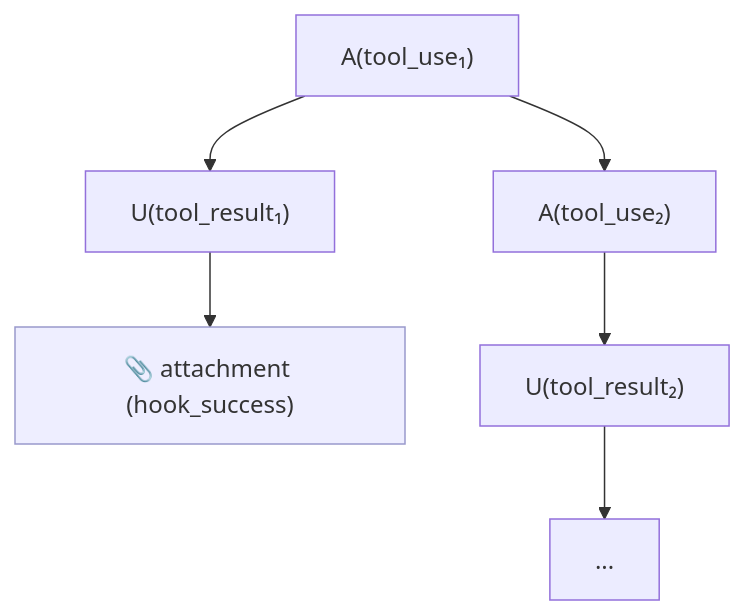
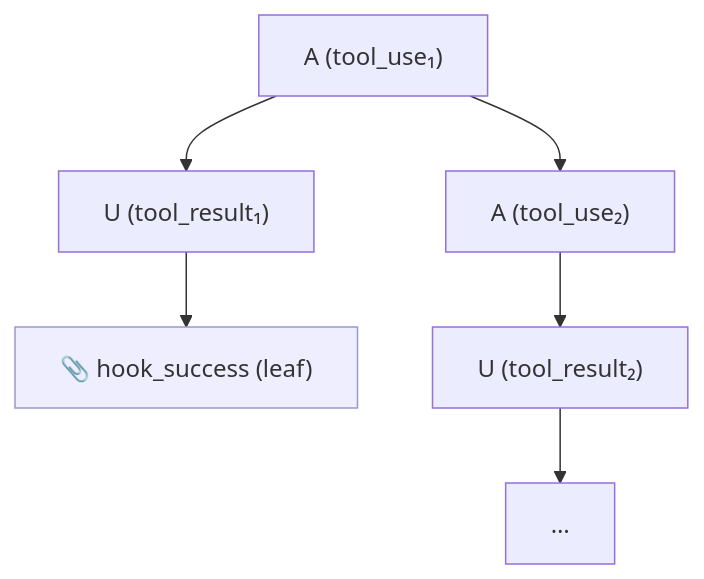
Before and after one commit to handgemacht-ai/claude-code-log: the sixth of 18 diagrams in dev-docs/dag.md, drawn with Mermaid. The commit also changed other lines of this file and 4 other files, not shown here.

First line of the commit message:
Linearize assistant-continuation tool-flow forks instead of branching (#214)

````diff
--- a/dev-docs/dag.md
+++ b/dev-docs/dag.md
@@ -327,10 +346,9 @@
 ```mermaid
 graph TD
-    A1["A(tool_use₁)"] --> U1["U(tool_result₁)"]
-    A1 --> A2["A(tool_use₂)"]
-    U1 --> H["📎 attachment (hook_success)"]
-    A2 --> U2["U(tool_result₂)"]
-    U2 --> rest["..."]
+    A1["A (tool_use₁)"] --> U1["U (tool_result₁)"]
+    A1 --> A2["A (tool_use₂)"]
+    U1 --> H["📎 hook_success (leaf)"]
+    A2 --> U2["U (tool_result₂)"] --> rest["…"]
     classDef structural fill:#eef,stroke:#99c
     class H structural
 ```
````
